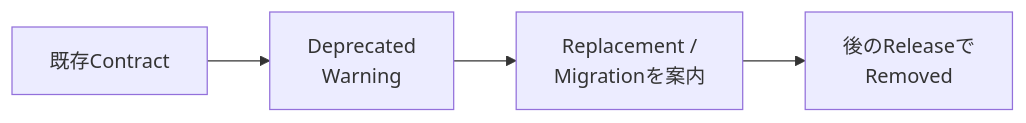
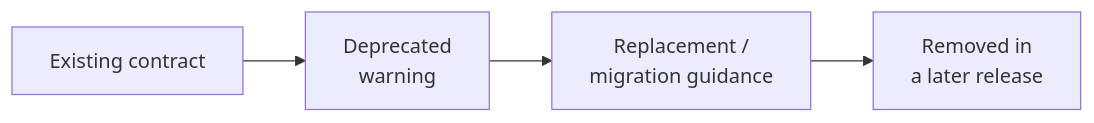
The third of 4 diagrams in docs/docs/guides/upgrading.md (Rerurate514/riebeckite), drawn with Mermaid before and after one commit. The commit also changed other lines of this file and 604 other files, not shown here.

````diff
--- a/docs/docs/guides/upgrading.md
+++ b/docs/docs/guides/upgrading.md
@@ -295,11 +265,11 @@
 ```mermaid
 flowchart LR
-    Old["既存Contract"]
-    Deprecated["Deprecated<br/>Warning"]
-    Migration["Replacement /<br/>Migrationを案内"]
-    Removed["後のReleaseで<br/>Removed"]
+    Old["Existing contract"]
+    Deprecated["Deprecated<br/>warning"]
+    Migration["Replacement /<br/>migration guidance"]
+    Removed["Removed in<br/>a later release"]
 
     Old --> Deprecated
     Deprecated --> Migration
     Migration --> Removed
 ```
````
